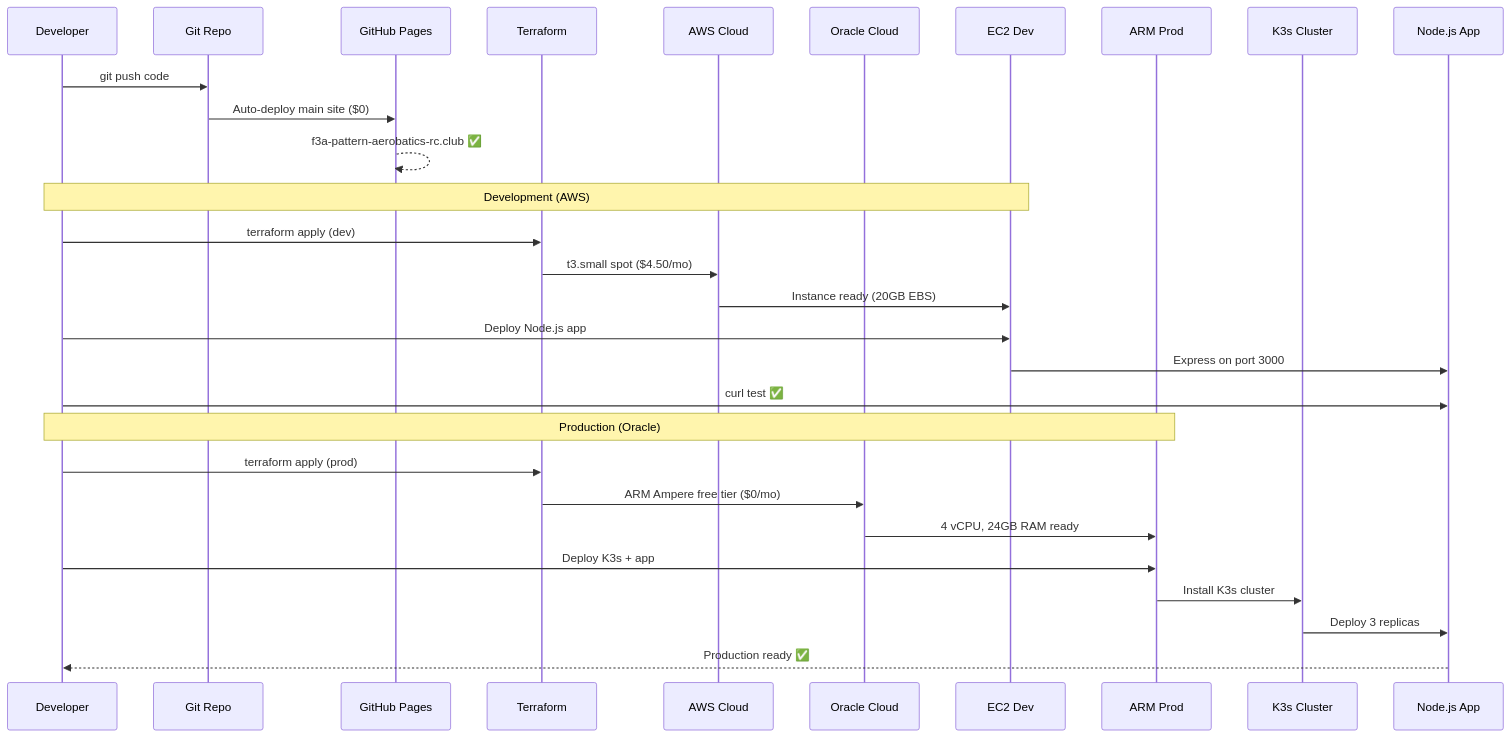
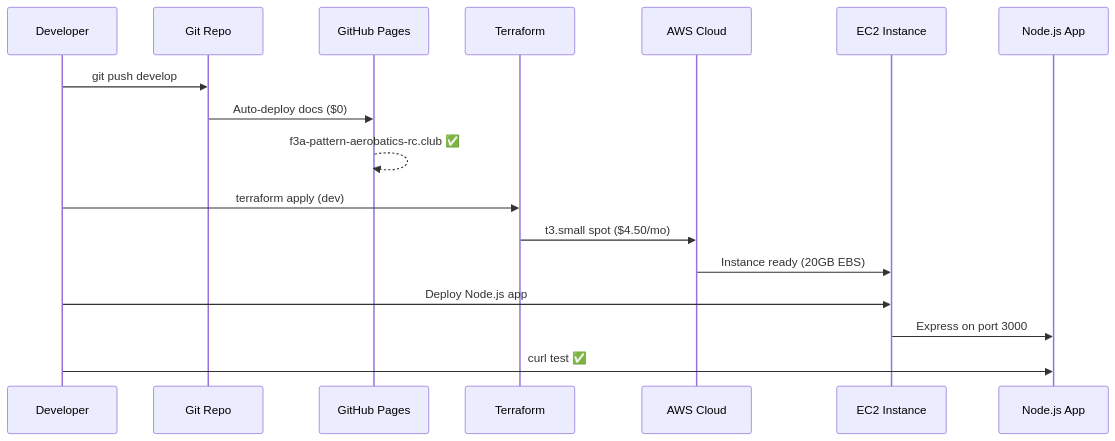
Before and after one commit to considerable/f3a-microservice: the first of 2 diagrams in README.md, drawn with Mermaid. The commit also changed other lines of this file and 5 other files, not shown here.

First line of the commit message:
Fix formatting and deploy GitHub Pages

````diff
--- a/README.md
+++ b/README.md
@@ -114,34 +116,21 @@
 ```mermaid
 sequenceDiagram
     participant Dev as Developer
     participant Git as Git Repo
     participant GH as GitHub Pages
     participant TF as Terraform
     participant AWS as AWS Cloud
-    participant OCI as Oracle Cloud
-    participant EC2 as EC2 Dev
-    participant ARM as ARM Prod
-    participant K3s as K3s Cluster
+    participant EC2 as EC2 Instance
     participant App as Node.js App
 
-    Dev->>Git: git push code
-    Git->>GH: Auto-deploy main site ($0)
+    Dev->>Git: git push develop
+    Git->>GH: Auto-deploy docs ($0)
     GH-->>GH: f3a-pattern-aerobatics-rc.club ✅
 
-    Note over Dev,EC2: Development (AWS)
     Dev->>TF: terraform apply (dev)
     TF->>AWS: t3.small spot ($4.50/mo)
     AWS->>EC2: Instance ready (20GB EBS)
     Dev->>EC2: Deploy Node.js app
     EC2->>App: Express on port 3000
     Dev->>App: curl test ✅
-
-    Note over Dev,ARM: Production (Oracle)
-    Dev->>TF: terraform apply (prod)
-    TF->>OCI: ARM Ampere free tier ($0/mo)
-    OCI->>ARM: 4 vCPU, 24GB RAM ready
-    Dev->>ARM: Deploy K3s + app
-    ARM->>K3s: Install K3s cluster
-    K3s->>App: Deploy 3 replicas
-    App-->>Dev: Production ready ✅
 ```
````
